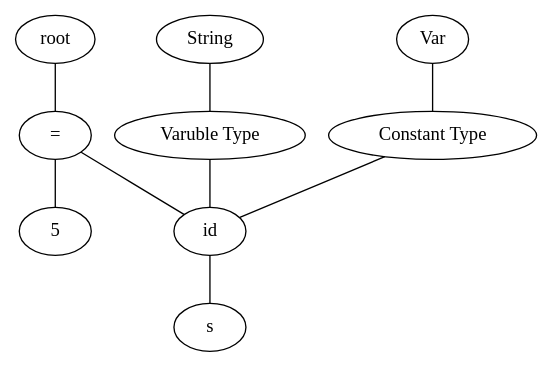
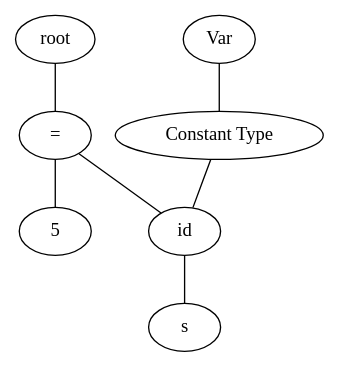
One commit to TAIIOK/SwiftCompilerToJavaByteCode changed the diagram in Qt/build-swift-Desktop_Qt_5_7_0_clang_64bit-Debug/file.dot. Above: the diagram before and after it, drawn with Graphviz. The commit also changed 48 other files, not shown here.

```diff
--- a/Qt/build-swift-Desktop_Qt_5_7_0_clang_64bit-Debug/file.dot
+++ b/Qt/build-swift-Desktop_Qt_5_7_0_clang_64bit-Debug/file.dot
@@ -1,19 +1,15 @@
 graph graphname {
 root;
 assign0[label = "="];
 root--assign0;
 expr0[label = "id"];
 assign0--expr0;
-type0[label = "Varuble Type"];
-type0--expr0;
-type1[label = "String"];
-type1--type0;
 consttype0[label = "Constant Type"];
 consttype0--expr0;
 consttype1[label = "Var"];
 consttype1--consttype0;
 expr1[label = "s"];
 expr0--expr1;
 expr2[label = "5"];
 assign0--expr2;
 }
```
